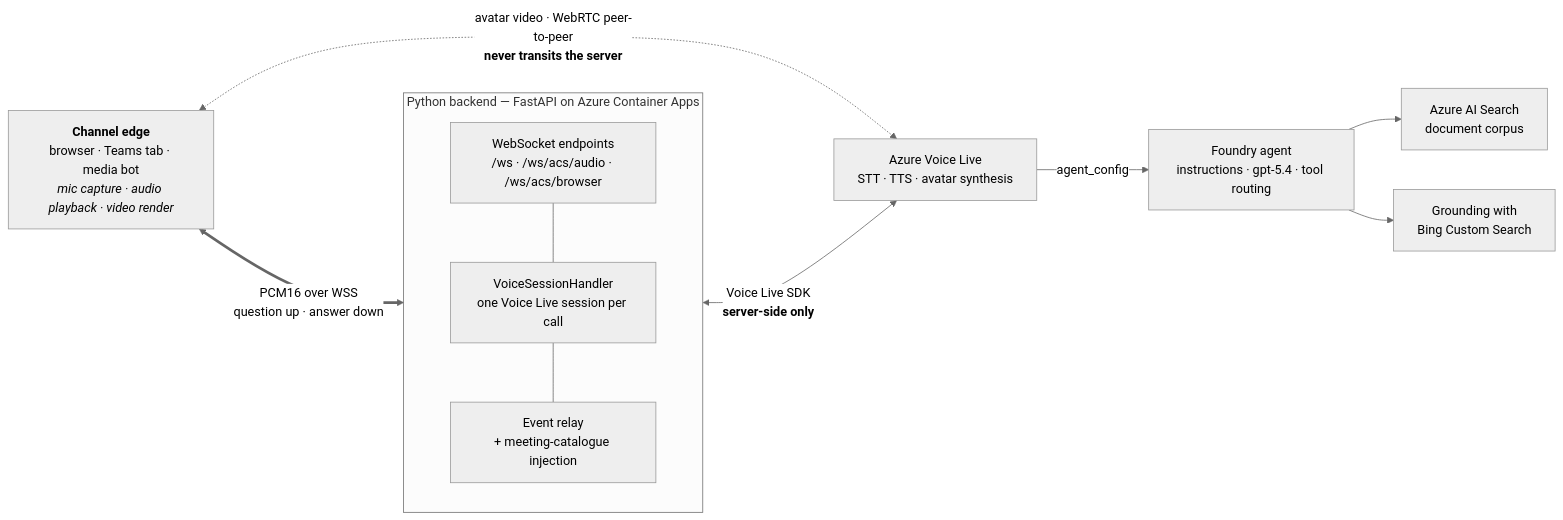
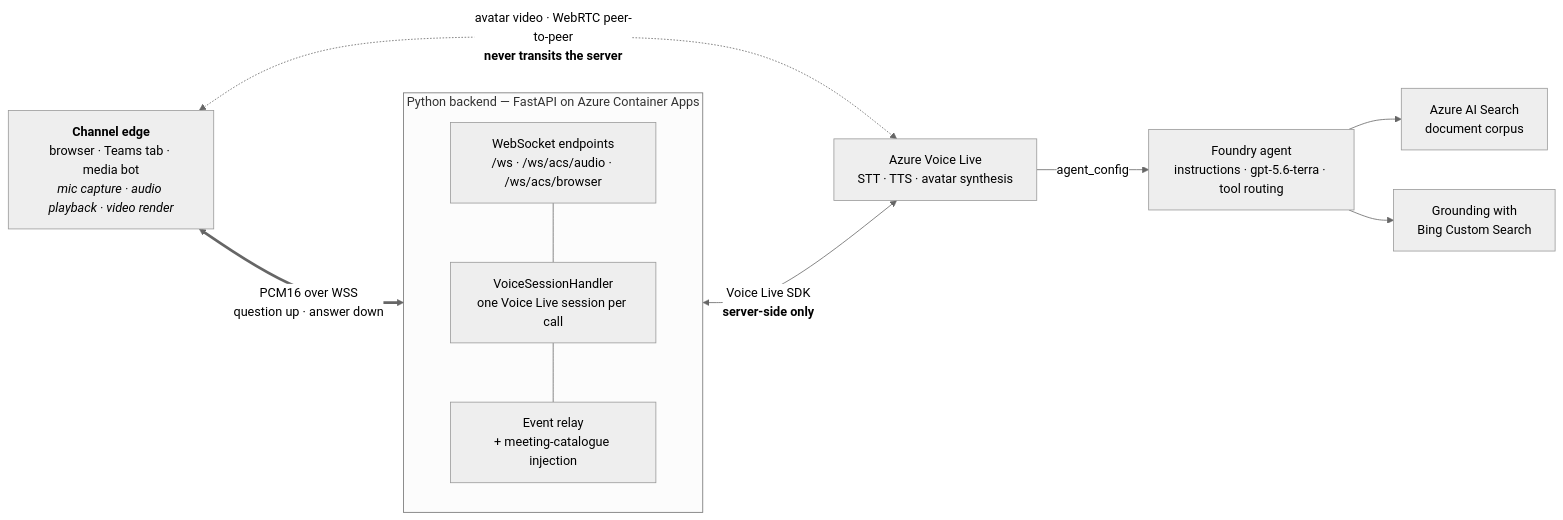
The diagram in docs/architecture.md (SridharArrabelly/avatar-forge), drawn with Mermaid (neutral theme) before and after one commit. The commit also changed other lines of this file and 44 other files, not shown here.

````diff
--- a/docs/architecture.md
+++ b/docs/architecture.md
@@ -22,25 +22,25 @@
 ```mermaid
 flowchart LR
     EDGE["<b>Channel edge</b><br/>browser · Teams tab · media bot<br/><i>mic capture · audio playback · video render</i>"]
 
     subgraph Server["Python backend — FastAPI on Azure Container Apps"]
         direction TB
         WS["WebSocket endpoints<br/>/ws · /ws/acs/audio · /ws/acs/browser"]
         H["VoiceSessionHandler<br/>one Voice Live session per call"]
         EV["Event relay<br/>+ meeting-catalogue injection"]
         WS --- H
         H --- EV
     end
 
     VLS["Azure Voice Live<br/>STT · TTS · avatar synthesis"]
-    AGENT["Foundry agent<br/>instructions · gpt-5.4 · tool routing"]
+    AGENT["Foundry agent<br/>instructions · gpt-5.6-terra · tool routing"]
     SEARCH["Azure AI Search<br/>document corpus"]
     NEWS["Grounding with<br/>Bing Custom Search"]
 
     EDGE <== "PCM16 over WSS<br/>question up · answer down" ==> WS
     EDGE <-. "avatar video · WebRTC peer-to-peer<br/><b>never transits the server</b>" .-> VLS
     H <-- "Voice Live SDK<br/><b>server-side only</b>" --> VLS
     VLS -- "agent_config" --> AGENT
     AGENT --> SEARCH
     AGENT --> NEWS
 ```
````
